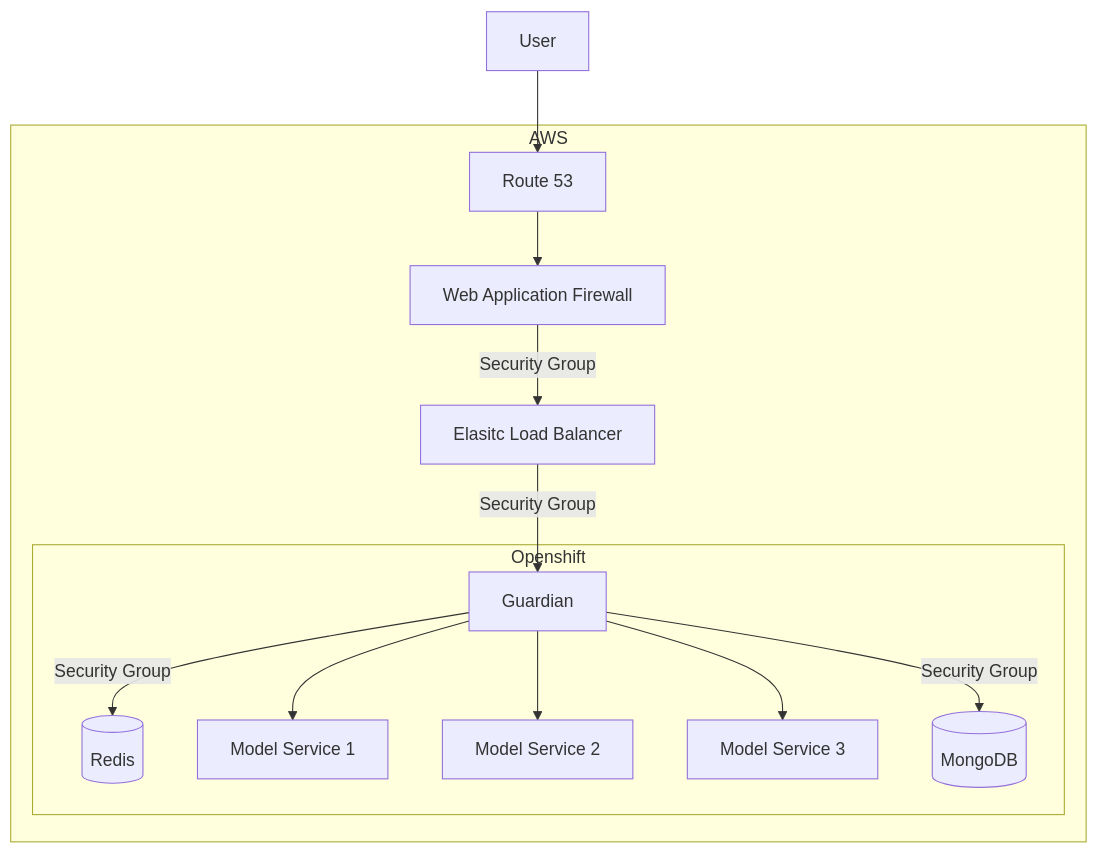
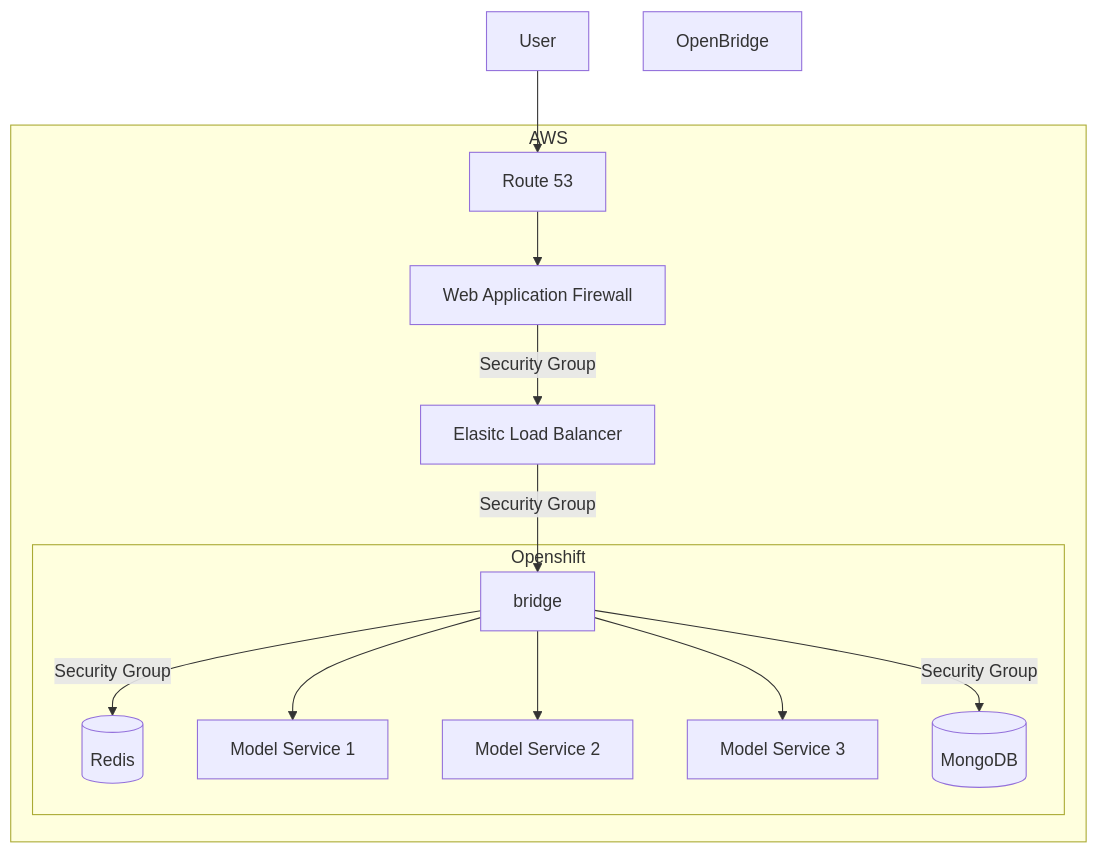
One commit to acceleratedscience/bridge changed the second of 2 diagrams in doc/architecture.md. Above: the diagram before and after it, drawn with Mermaid. The commit also changed other lines of this file and 53 other files, not shown here.

````diff
--- a/doc/architecture.md
+++ b/doc/architecture.md
@@ -67,25 +67,25 @@
 ```mermaid
 flowchart TD
 	user["User"]
 	route["Route 53"]
 	elb["Elasitc Load Balancer"]
 	waf["Web Application Firewall"]
 	redis[("Redis")]
-	guardian["Guardian"]
+	ob["OpenBridge"]
 	model1["Model Service 1"]
 	model2["Model Service 2"]
 	model3["Model Service 3"]
 	mongodb[("MongoDB")]
 
 	user --> route
 	subgraph "AWS"
-	route --> waf -- Security  Group --> elb -- Security Group --> guardian
+	route --> waf -- Security  Group --> elb -- Security Group --> bridge
 	subgraph "Openshift"
-	guardian -- Security Group --> mongodb
-	guardian -- Security Group --> redis
-	guardian --> model1
-	guardian --> model2
-	guardian --> model3
+	bridge -- Security Group --> mongodb
+	bridge -- Security Group --> redis
+	bridge --> model1
+	bridge --> model2
+	bridge --> model3
 	end
 	end
 ```
````
